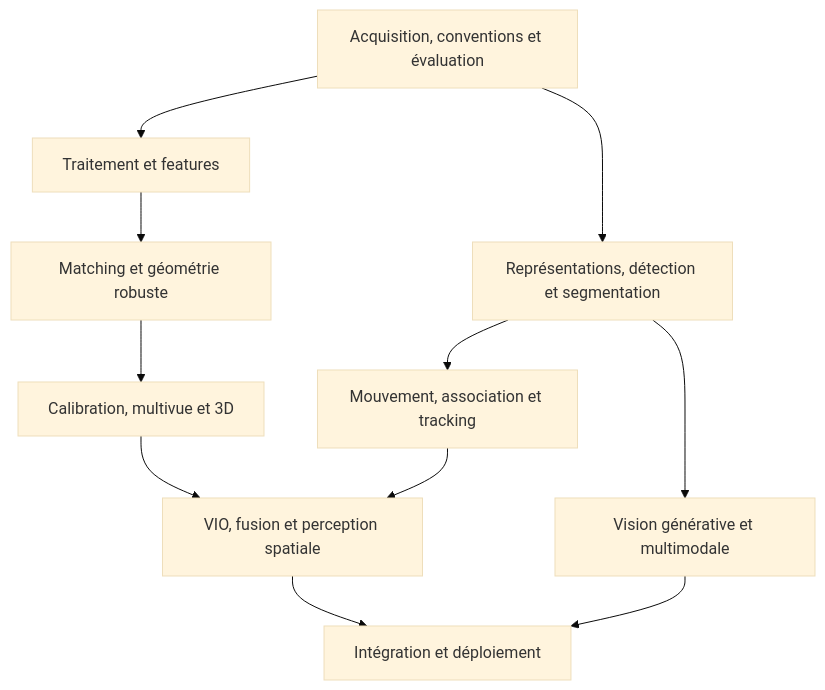
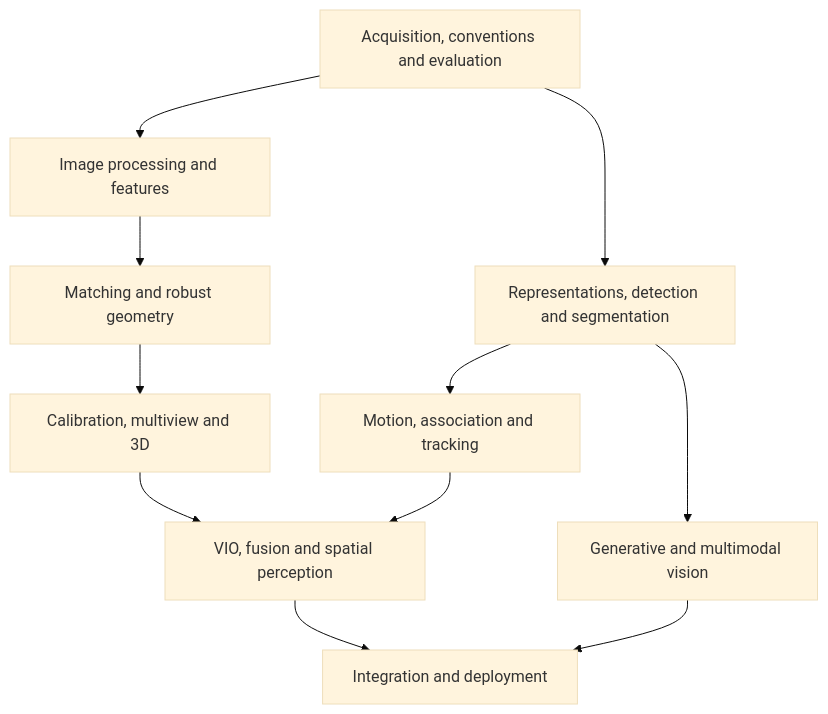
One commit to speillet/Knowledge_Computer_Vision changed the diagram in vault/01-Parcours/Parcours-senior.md. Above: the diagram before and after it, drawn with Mermaid (base theme). The commit also changed other lines of this file and 158 other files, not shown here.

````diff
--- a/vault/01-Parcours/Parcours-senior.md
+++ b/vault/01-Parcours/Parcours-senior.md
@@ -12,13 +12,13 @@
 ```mermaid
 flowchart TD
-    A[Acquisition, conventions et évaluation] --> B[Traitement et features]
-    B --> C[Matching et géométrie robuste]
-    C --> D[Calibration, multivue et 3D]
-    A --> E[Représentations, détection et segmentation]
-    E --> F[Mouvement, association et tracking]
-    D --> G[VIO, fusion et perception spatiale]
+    A[Acquisition, conventions and evaluation] --> B[Image processing and features]
+    B --> C[Matching and robust geometry]
+    C --> D[Calibration, multiview and 3D]
+    A --> E[Representations, detection and segmentation]
+    E --> F[Motion, association and tracking]
+    D --> G[VIO, fusion and spatial perception]
     F --> G
-    E --> H[Vision générative et multimodale]
-    G --> I[Intégration et déploiement]
+    E --> H[Generative and multimodal vision]
+    G --> I[Integration and deployment]
     H --> I
 ```
````
